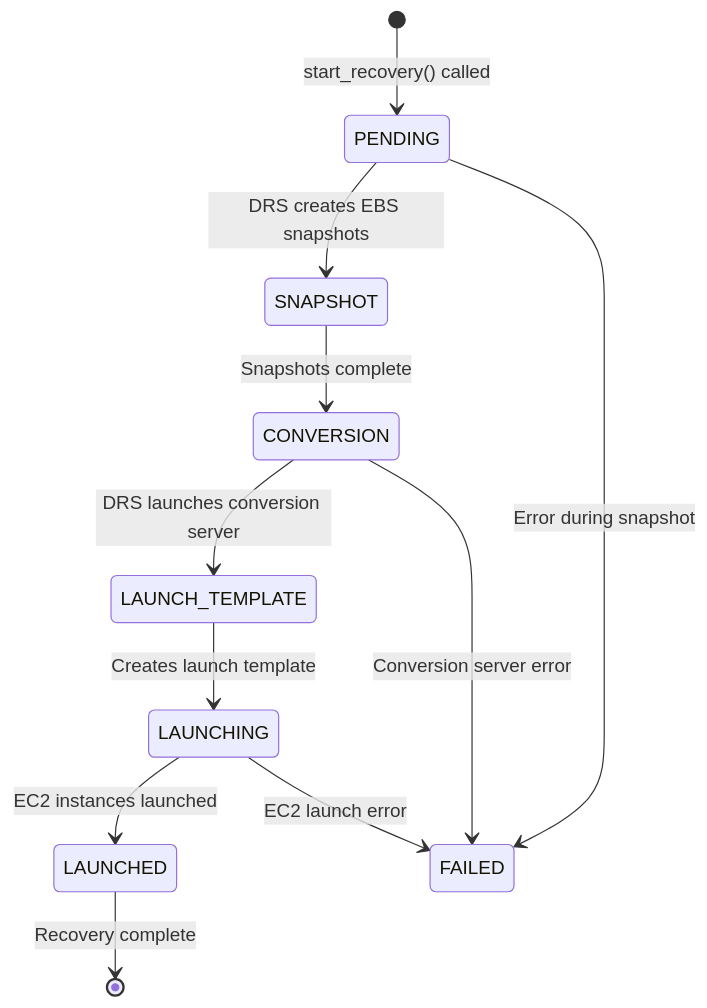
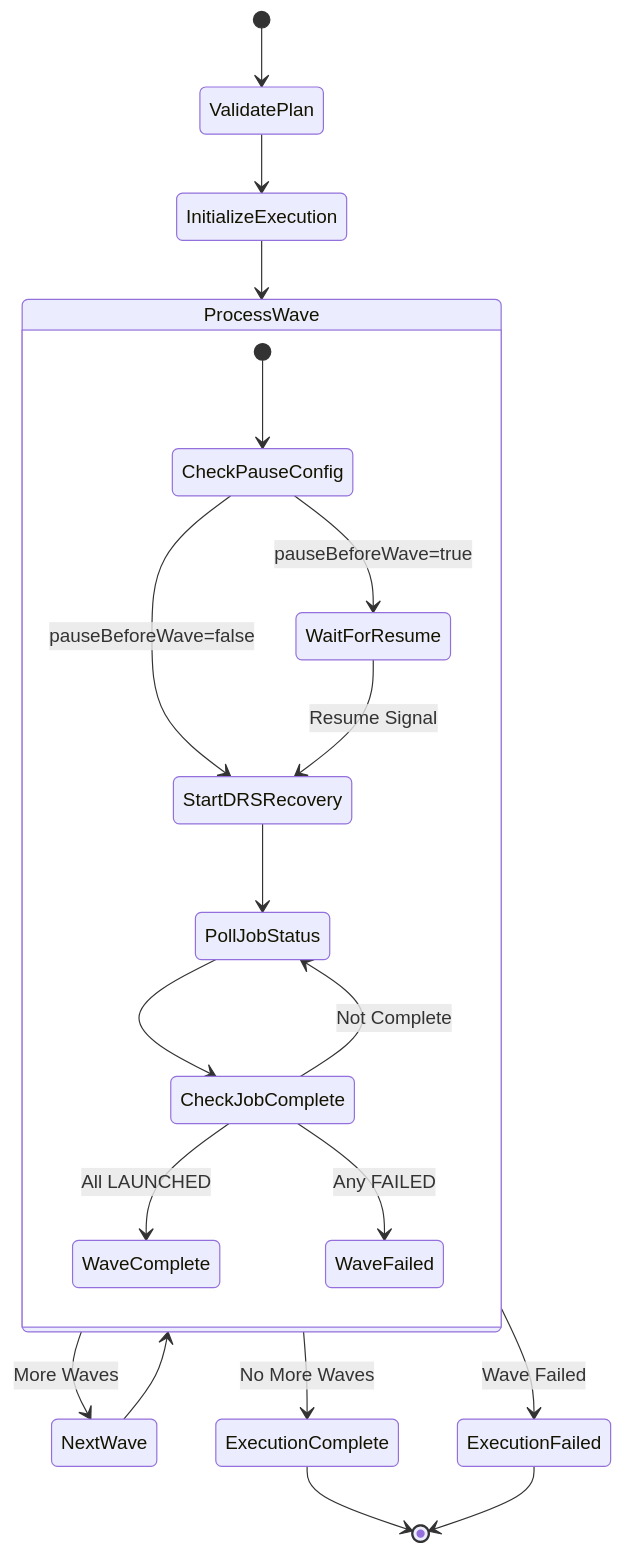
One commit to johnjcousens/aws-elasticdrs-orchestrator changed the seventh of 12 diagrams in docs/architecture/ARCHITECTURE_DIAGRAMS.md. Above: the diagram before and after it, drawn with Mermaid. The commit also changed other lines of this file and 16 other files, not shown here.

````diff
--- a/docs/architecture/ARCHITECTURE_DIAGRAMS.md
+++ b/docs/architecture/ARCHITECTURE_DIAGRAMS.md
@@ -306,19 +307,26 @@
 ```mermaid
 stateDiagram-v2
-    [*] --> PENDING: start_recovery() called
+    [*] --> ValidatePlan
+    ValidatePlan --> InitializeExecution
+    InitializeExecution --> ProcessWave
     
-    PENDING --> SNAPSHOT: DRS creates EBS snapshots
-    SNAPSHOT --> CONVERSION: Snapshots complete
+    state ProcessWave {
+        [*] --> CheckPauseConfig
+        CheckPauseConfig --> WaitForResume: pauseBeforeWave=true
+        CheckPauseConfig --> StartDRSRecovery: pauseBeforeWave=false
+        WaitForResume --> StartDRSRecovery: Resume Signal
+        StartDRSRecovery --> PollJobStatus
+        PollJobStatus --> CheckJobComplete
+        CheckJobComplete --> PollJobStatus: Not Complete
+        CheckJobComplete --> WaveComplete: All LAUNCHED
+        CheckJobComplete --> WaveFailed: Any FAILED
+    }
     
-    CONVERSION --> LAUNCH_TEMPLATE: DRS launches conversion server
-    LAUNCH_TEMPLATE --> LAUNCHING: Creates launch template
+    ProcessWave --> NextWave: More Waves
+    NextWave --> ProcessWave
+    ProcessWave --> ExecutionComplete: No More Waves
+    ProcessWave --> ExecutionFailed: Wave Failed
     
-    LAUNCHING --> LAUNCHED: EC2 instances launched
-    LAUNCHED --> [*]: Recovery complete
-    
-    PENDING --> FAILED: Error during snapshot
-    CONVERSION --> FAILED: Conversion server error
-    LAUNCHING --> FAILED: EC2 launch error
-    
-
+    ExecutionComplete --> [*]
+    ExecutionFailed --> [*]
 ```
````
